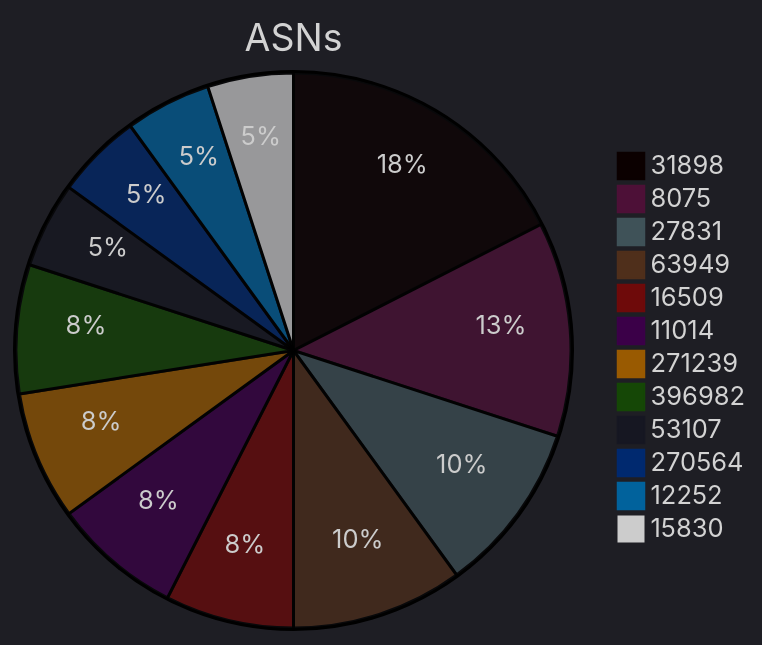
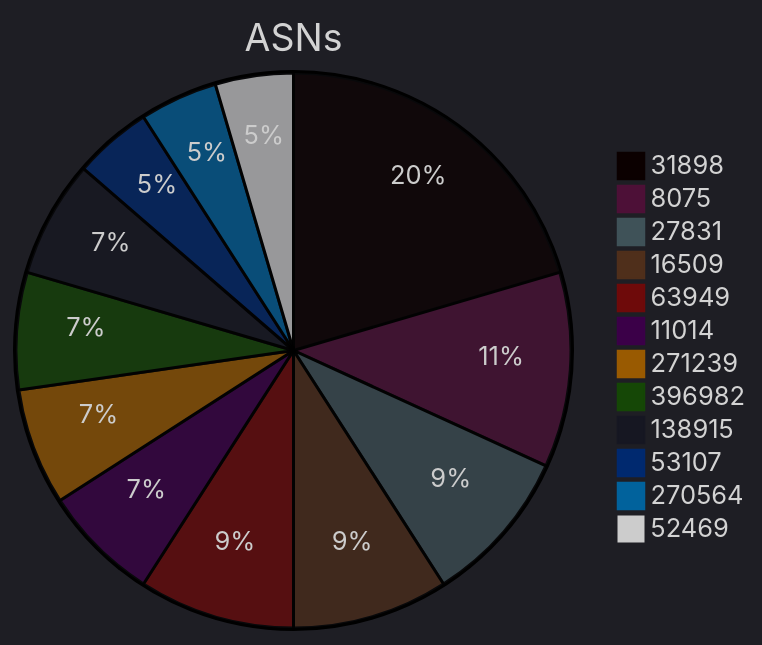
One commit to ZoqueLabs/website changed the third of 8 diagrams in zolim.md. Above: the diagram before and after it, drawn with Mermaid. The commit also changed other lines of this file, not shown here.

````diff
--- a/zolim.md
+++ b/zolim.md
@@ -73,19 +73,19 @@
 ```mermaid
 ---
 config:
   theme: dark
 ---
 pie title ASNs
-  "31898" : 7
+  "31898" : 9
   "8075" : 5
   "27831" : 4
+  "16509" : 4
   "63949" : 4
-  "16509" : 3
   "11014" : 3
   "271239" : 3
   "396982" : 3
+  "138915" : 3
   "53107" : 2
   "270564" : 2
-  "12252" : 2
-  "15830" : 2
+  "52469" : 2
 ```
````
